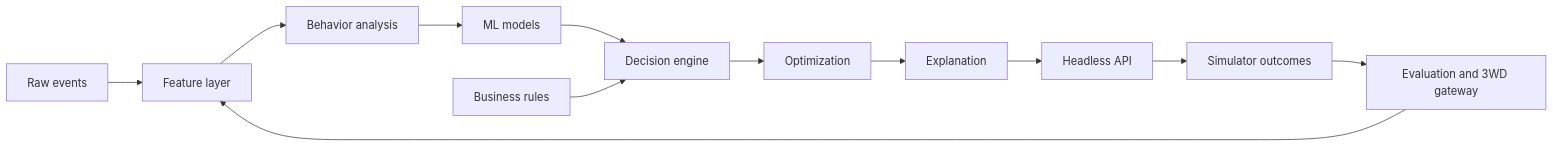
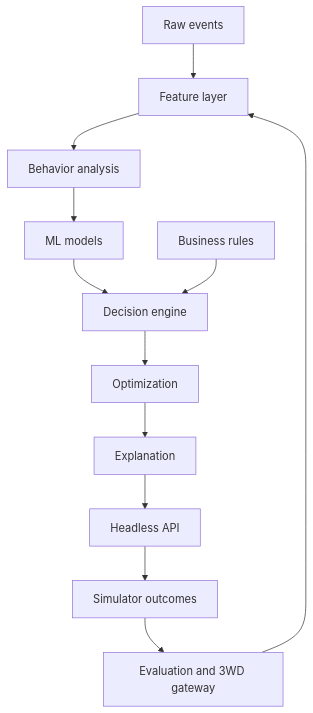
One commit to RafaelBraga-Kribitz/NextMove changed the diagram in README.md. Above: the diagram before and after it, drawn with Mermaid.

Commit message:
README: render the architecture diagram top-down so it fits GitHub's column
GitHub renders a Mermaid block in a fixed-width box inside the README column: 783px at
a 1240px viewport, 838px at its widest, 309px on a phone. A wider graph is not clipped,
it is shrunk, and the node labels shrink with it.

Measured with Mermaid 11 at 783px: this diagram is 2185px in LR (scale 0.36) and 429px in
TD (full size). Direction is the only change — no node, edge, label or link is touched.

TD is not universally narrower: it runs the flow vertically but lays sibling subgraphs
out side by side, so a graph with several parallel subgraphs can be wider in TD than in
LR. This one was measured both ways.

````diff
--- a/README.md
+++ b/README.md
@@ -14,14 +14,14 @@
 ```mermaid
-flowchart LR
+flowchart TD
     events[Raw events] --> features[Feature layer]
     features --> behavior[Behavior analysis]
     behavior --> models[ML models]
     models --> engine[Decision engine]
     rules[Business rules] --> engine
     engine --> optimize[Optimization]
     optimize --> explain[Explanation]
     explain --> api[Headless API]
     api --> outcomes[Simulator outcomes]
     outcomes --> gateway[Evaluation and 3WD gateway]
     gateway --> features
 ```
````
